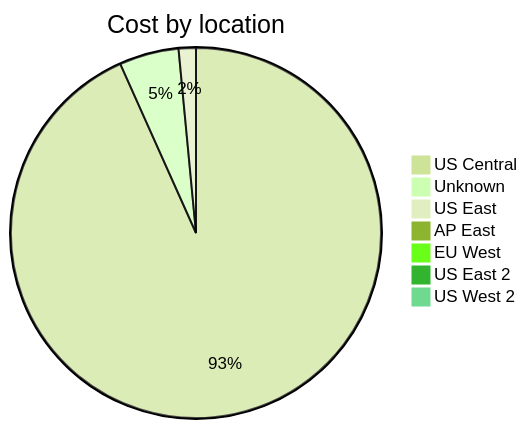
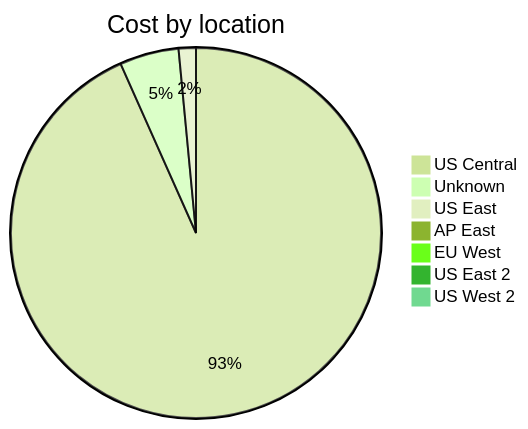
The third of 4 diagrams in cost-reports/accumulated-cost.md (jpfulton/azure-personal-reports), drawn with Mermaid (forest theme) before and after one commit. The commit also changed other lines of this file and 4 other files, not shown here.

````diff
--- a/cost-reports/accumulated-cost.md
+++ b/cost-reports/accumulated-cost.md
@@ -123,11 +123,11 @@
 ```mermaid
 pie
    title Cost by location
-   "US Central" : 12.39
-   "Unknown" : 0.69
-   "US East" : 0.20
+   "US Central" : 13.01
+   "Unknown" : 0.72
+   "US East" : 0.21
    "AP East" : 0.00
    "EU West" : 0.00
    "US East 2" : 0.00
    "US West 2" : 0.00
 ```
````
